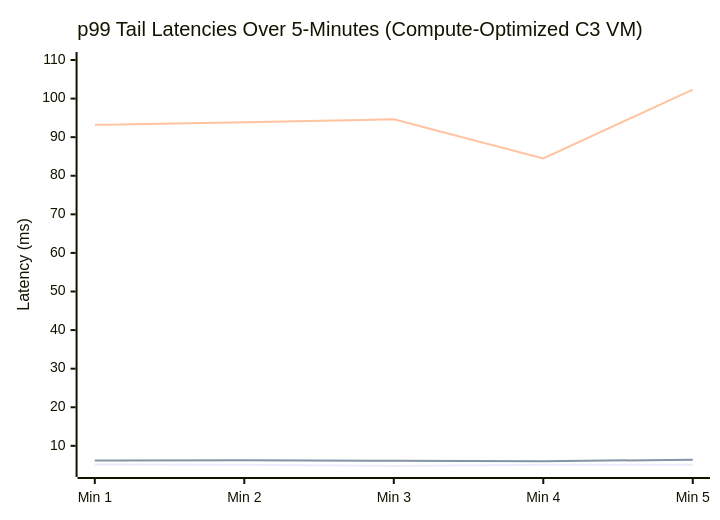
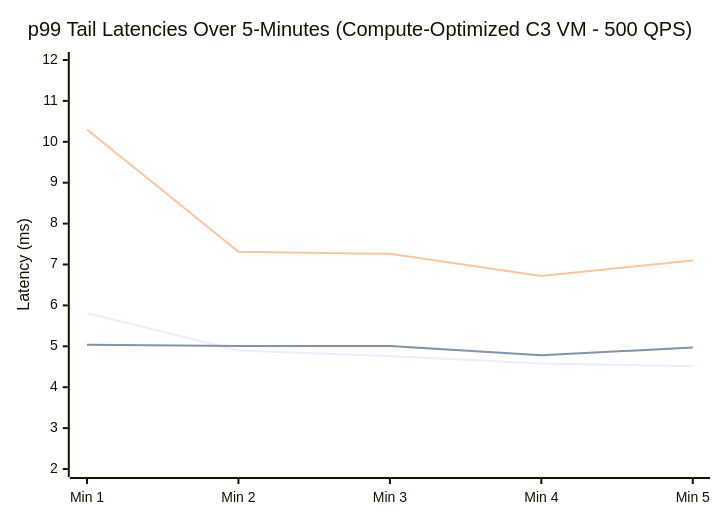
One commit to justinuang/google-cloud-ruby changed the second of 2 diagrams in google-cloud-bigtable/YCSB_BENCHMARK_STATUS.md. Above: the diagram before and after it, drawn with Mermaid. The commit also changed other lines of this file, not shown here.

Commit message:
500 QPS C3 benchmark showing Ruby not too sad.

````diff
--- a/google-cloud-bigtable/YCSB_BENCHMARK_STATUS.md
+++ b/google-cloud-bigtable/YCSB_BENCHMARK_STATUS.md
@@ -204,9 +204,9 @@
 ```mermaid
 xychart-beta
-    title "p99 Tail Latencies Over 5-Minutes (Compute-Optimized C3 VM)"
+    title "p99 Tail Latencies Over 5-Minutes (Compute-Optimized C3 VM - 500 QPS)"
     x-axis ["Min 1", "Min 2", "Min 3", "Min 4", "Min 5"]
-    y-axis "Latency (ms)" 4 --> 110
-    line [5.16, 5.11, 4.79, 5.07, 5.09]
-    line [6.19, 6.25, 6.14, 6.03, 6.40]
-    line [93.19, 93.87, 94.64, 84.47, 102.34]
+    y-axis "Latency (ms)" 2 --> 12
+    line [5.81, 4.90, 4.76, 4.58, 4.51]
+    line [5.04, 5.01, 5.01, 4.78, 4.97]
+    line [10.30, 7.31, 7.26, 6.72, 7.10]
 ```
````
